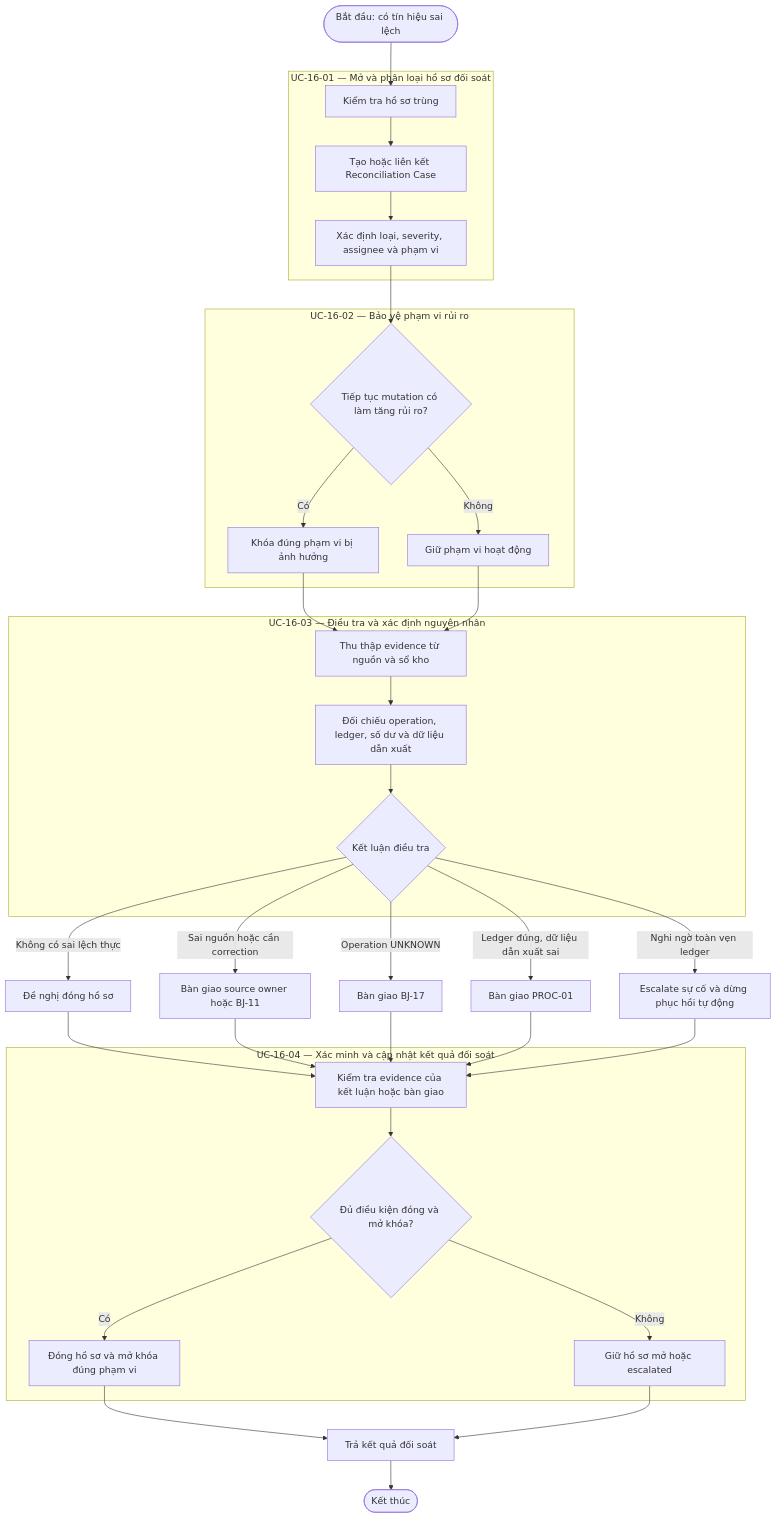
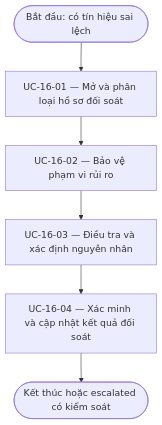
Before and after one commit to DsChien102/erp-sales-inventory: the diagram in specs/themes/theme-07/02.specification/behavior/journeys/BJ-16-ieu-tra-va-oi-soat-sai-lech.md, drawn with Mermaid. The commit also changed other lines of this file and 4136 other files, not shown here.

````diff
--- a/specs/themes/theme-07/02.specification/behavior/journeys/BJ-16-ieu-tra-va-oi-soat-sai-lech.md
+++ b/specs/themes/theme-07/02.specification/behavior/journeys/BJ-16-ieu-tra-va-oi-soat-sai-lech.md
@@ -51,44 +32,8 @@
 ```mermaid
 flowchart TD
-    S([Bắt đầu: có tín hiệu sai lệch]) --> U1A
-
-    subgraph U1["UC-16-01 — Mở và phân loại hồ sơ đối soát"]
-        U1A[Kiểm tra hồ sơ trùng] --> U1B[Tạo hoặc liên kết Reconciliation Case]
-        U1B --> U1C[Xác định loại, severity, assignee và phạm vi]
-    end
-
-    U1C --> SUA
-    subgraph SU1["UC-16-02 — Bảo vệ phạm vi rủi ro"]
-        SUA{Tiếp tục mutation có làm tăng rủi ro?}
-        SUA -->|Có| SUB[Khóa đúng phạm vi bị ảnh hưởng]
-        SUA -->|Không| SUC[Giữ phạm vi hoạt động]
-    end
-
-    SUB --> U2A
-    SUC --> U2A
-    subgraph U2["UC-16-03 — Điều tra và xác định nguyên nhân"]
-        U2A[Thu thập evidence từ nguồn và sổ kho] --> U2B[Đối chiếu operation, ledger, số dư và dữ liệu dẫn xuất]
-        U2B --> U2C{Kết luận điều tra}
-    end
-
-    U2C -->|Không có sai lệch thực| N[Đề nghị đóng hồ sơ]
-    U2C -->|Sai nguồn hoặc cần correction| H1[Bàn giao source owner hoặc BJ-11]
-    U2C -->|Operation UNKNOWN| H2[Bàn giao BJ-17]
-    U2C -->|Ledger đúng, dữ liệu dẫn xuất sai| H3[Bàn giao PROC-01]
-    U2C -->|Nghi ngờ toàn vẹn ledger| H4[Escalate sự cố và dừng phục hồi tự động]
-
-    N --> U3A
-    H1 --> U3A
-    H2 --> U3A
-    H3 --> U3A
-    H4 --> U3A
-    subgraph U3["UC-16-04 — Xác minh và cập nhật kết quả đối soát"]
-        U3A[Kiểm tra evidence của kết luận hoặc bàn giao] --> U3B{Đủ điều kiện đóng và mở khóa?}
-        U3B -->|Có| U3C[Đóng hồ sơ và mở khóa đúng phạm vi]
-        U3B -->|Không| U3D[Giữ hồ sơ mở hoặc escalated]
-    end
-
-    U3C --> R[Trả kết quả đối soát]
-    U3D --> R
-    R --> E([Kết thúc])
+    Begin([Bắt đầu: có tín hiệu sai lệch]) --> U1["UC-16-01 — Mở và phân loại hồ sơ đối soát"]
+    U1 --> U2["UC-16-02 — Bảo vệ phạm vi rủi ro"]
+    U2 --> U3["UC-16-03 — Điều tra và xác định nguyên nhân"]
+    U3 --> U4["UC-16-04 — Xác minh và cập nhật kết quả đối soát"]
+    U4 --> End([Kết thúc hoặc escalated có kiểm soát])
 ```
````
